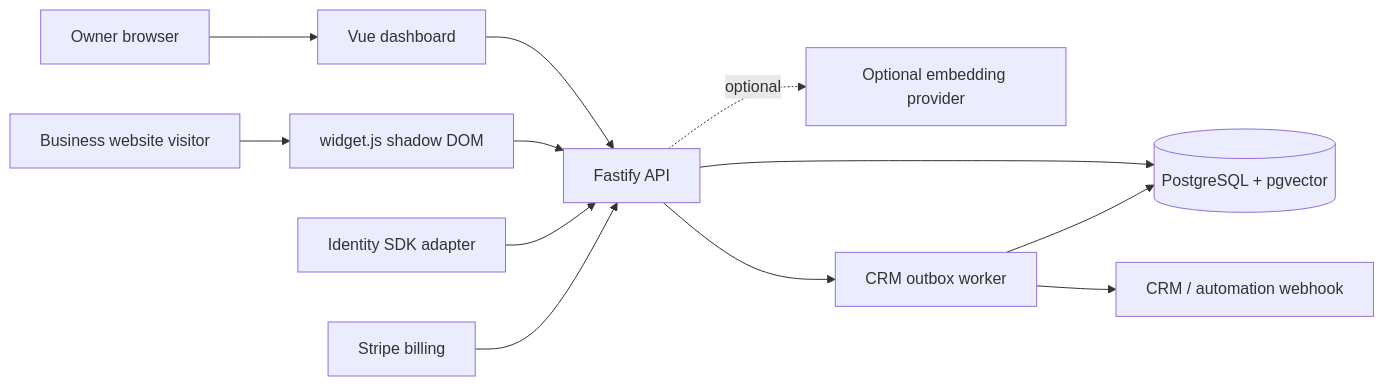
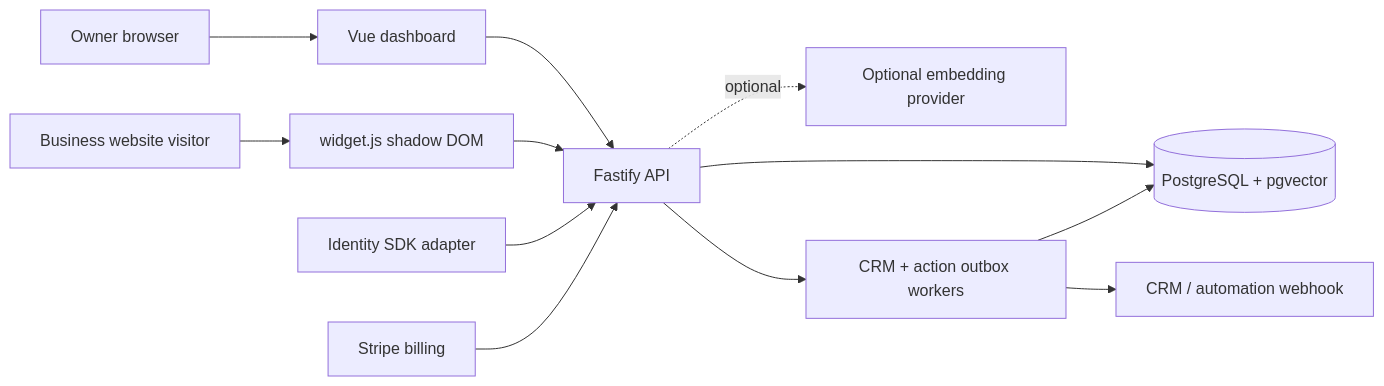
One commit to Sudo-Programmer-Official/frontdeskwise changed the first of 4 diagrams in docs/architecture.md. Above: the diagram before and after it, drawn with Mermaid. The commit also changed other lines of this file and 33 other files, not shown here.

````diff
--- a/docs/architecture.md
+++ b/docs/architecture.md
@@ -18,26 +19,26 @@
 ```mermaid
 flowchart LR
   owner["Owner browser"]
   visitor["Business website visitor"]
   dashboard["Vue dashboard"]
   widget["widget.js shadow DOM"]
   api["Fastify API"]
   database[("PostgreSQL + pgvector")]
   embeddings["Optional embedding provider"]
-  outbox["CRM outbox worker"]
+  outbox["CRM + action outbox workers"]
   crm["CRM / automation webhook"]
   identity["Identity SDK adapter"]
   billing["Stripe billing"]
 
   owner --> dashboard
   visitor --> widget
   dashboard --> api
   widget --> api
   api --> database
   api --> outbox
   outbox --> database
   outbox --> crm
   api -. optional .-> embeddings
   identity --> api
   billing --> api
 ```
````
